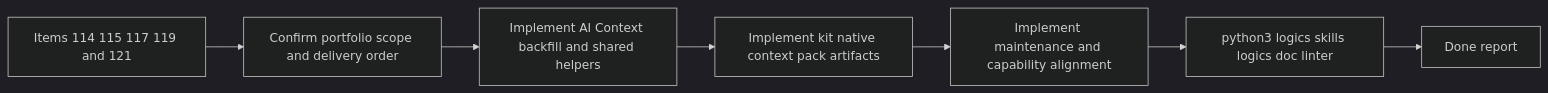
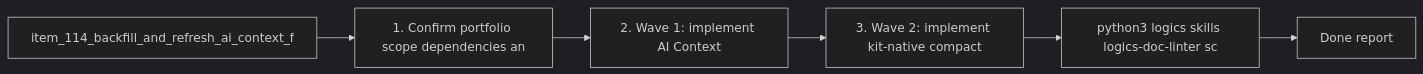
Before and after one commit to AlexAgo83/logics-manager: the diagram in logics/tasks/task_094_orchestration_delivery_for_req_082_compact_ai_context_and_reusable_handoff_generation.md, drawn with Mermaid (dark theme). The commit also changed other lines of this file and 481 other files, not shown here.

````diff
--- a/logics/tasks/task_094_orchestration_delivery_for_req_082_compact_ai_context_and_reusable_handoff_generation.md
+++ b/logics/tasks/task_094_orchestration_delivery_for_req_082_compact_ai_context_and_reusable_handoff_generation.md
@@ -36,11 +36,10 @@
 ```mermaid
 %% logics-kind: task
 %% logics-signature: task|orchestration-delivery-for-req-082-compa|item-114-backfill-and-refresh-ai-context|1-confirm-portfolio-scope-dependencies-a|python3-logics-skills-logics-doc-linter-
 flowchart LR
-    Backlog[Items 114 115 117 119 and 121] --> Step1[Confirm portfolio scope and delivery order]
-    Step1 --> Step2[Implement AI Context backfill and shared helpers]
-    Step2 --> Step3[Implement kit native context pack artifacts]
-    Step3 --> Step4[Implement maintenance and capability alignment]
-    Step4 --> Validation[python3 logics skills logics doc linter]
+    Backlog[item_114_backfill_and_refresh_ai_context_f] --> Step1[1. Confirm portfolio scope dependencies an]
+    Step1 --> Step2[2. Wave 1: implement AI Context]
+    Step2 --> Step3[3. Wave 2: implement kit-native compact]
+    Step3 --> Validation[python3 logics skills logics-doc-linter sc]
     Validation --> Report[Done report]
 ```
````
